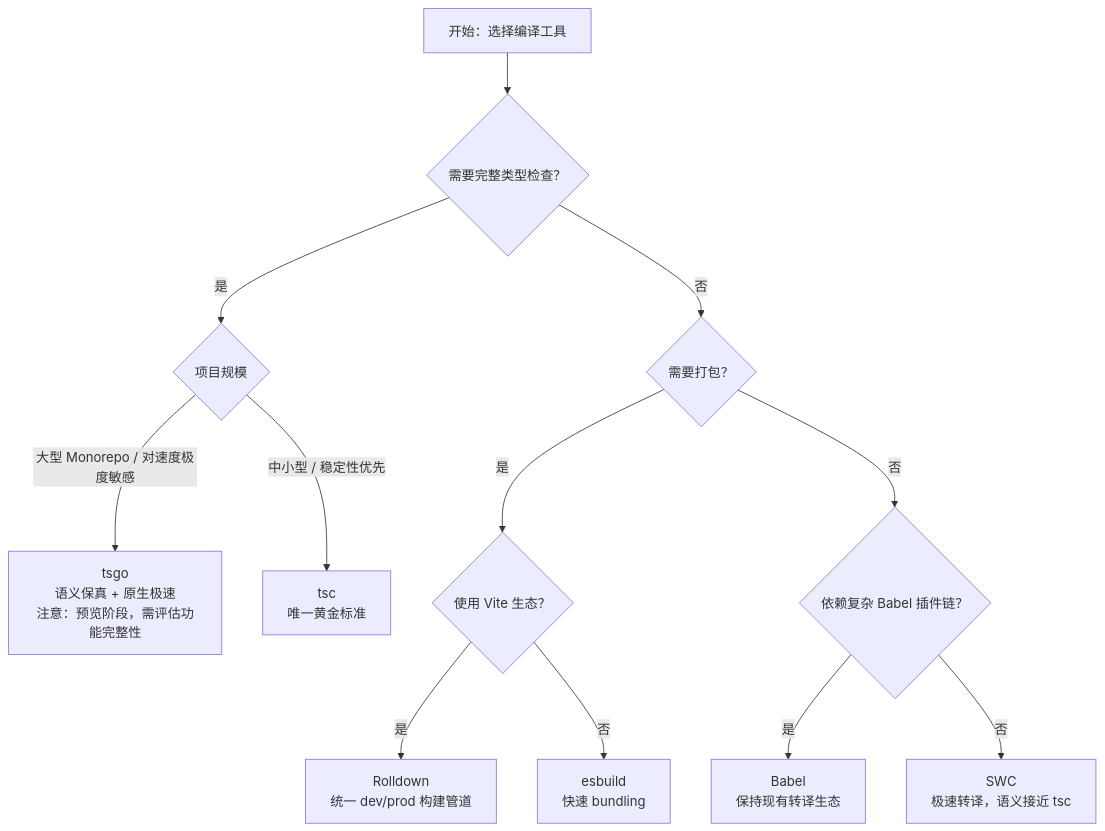
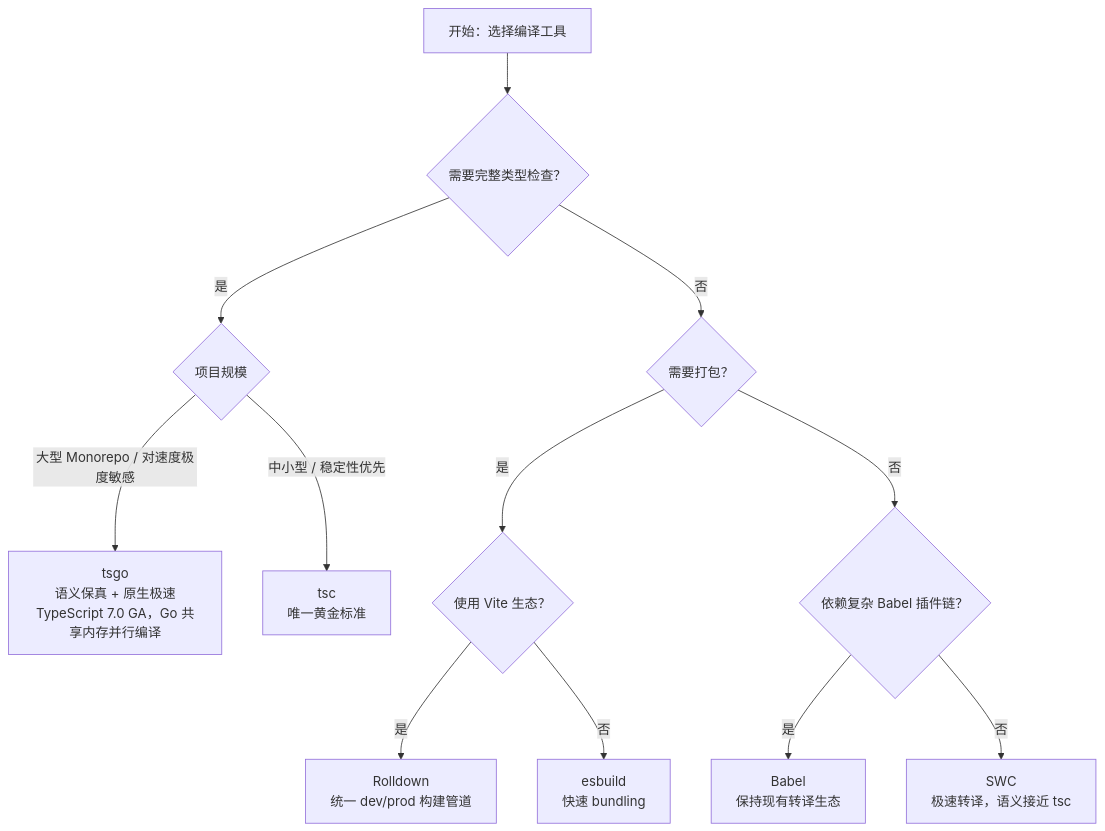
The diagram in docs/comparison-matrices/js-ts-compilers-compare.md (AdaMartin18010/JavaScriptTypeScript), drawn with Mermaid before and after one commit. The commit also changed other lines of this file and 47 other files, not shown here.

````diff
--- a/docs/comparison-matrices/js-ts-compilers-compare.md
+++ b/docs/comparison-matrices/js-ts-compilers-compare.md
@@ -51,14 +54,14 @@
 ```mermaid
 flowchart TD
     A[开始：选择编译工具] --> B{需要完整类型检查？}
     B -->|是| C{项目规模}
-    C -->|大型 Monorepo / 对速度极度敏感| D[tsgo<br/>语义保真 + 原生极速<br/>注意：预览阶段，需评估功能完整性]
+    C -->|大型 Monorepo / 对速度极度敏感| D[tsgo<br/>语义保真 + 原生极速<br/>TypeScript 7.0 GA，Go 共享内存并行编译]
     C -->|中小型 / 稳定性优先| E[tsc<br/>唯一黄金标准]
     B -->|否| F{需要打包？}
     F -->|是| G{使用 Vite 生态？}
     G -->|是| H[Rolldown<br/>统一 dev/prod 构建管道]
     G -->|否| I[esbuild<br/>快速 bundling]
     F -->|否| J{依赖复杂 Babel 插件链？}
     J -->|是| K[Babel<br/>保持现有转译生态]
     J -->|否| L[SWC<br/>极速转译，语义接近 tsc]
 ```
````
